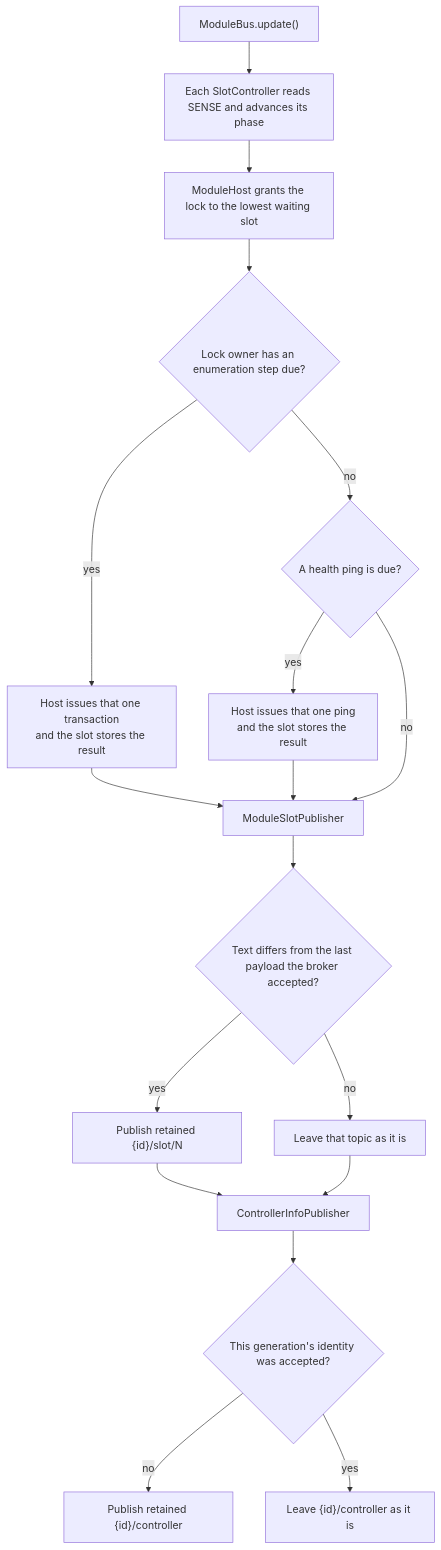
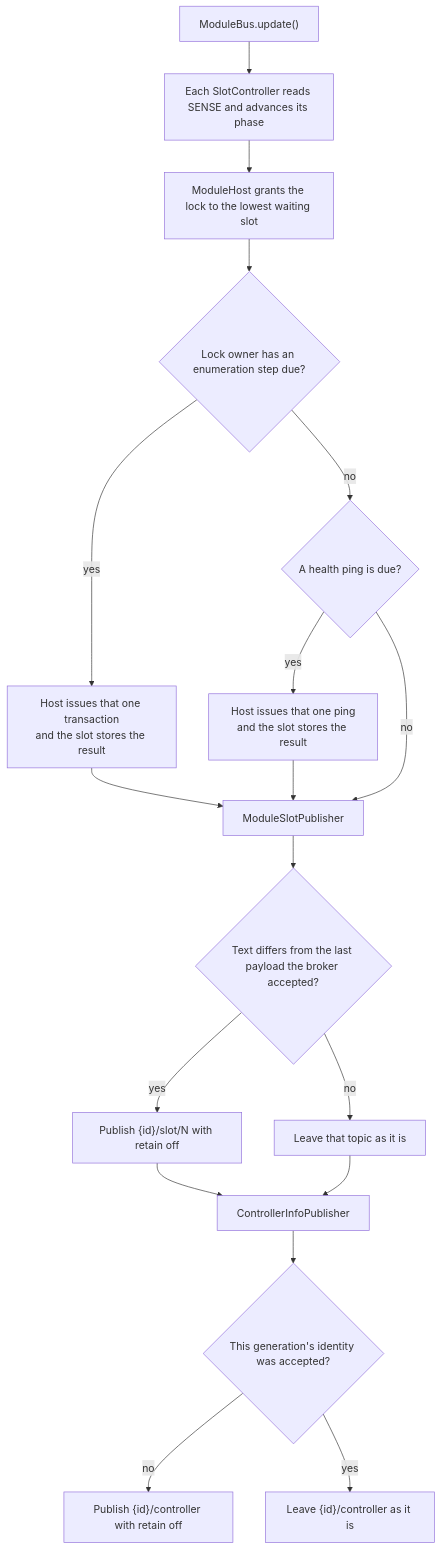
Before and after one commit to WiddleWabbit/MQTT-ModularControllerBoard: the diagram in Firmware/docs/module-bus.md, drawn with Mermaid. The commit also changed other lines of this file and 25 other files, not shown here.

Commit message:
Turned retain off all MQTT messages. Slot status's are now published on change rather than publishing unavailable.

````diff
--- a/Firmware/docs/module-bus.md
+++ b/Firmware/docs/module-bus.md
@@ -52,20 +52,20 @@
 ```mermaid
 flowchart TD
   upd["ModuleBus.update()"] --> pins["Each SlotController reads SENSE and advances its phase"]
   pins --> lock["ModuleHost grants the lock to the lowest waiting slot"]
   lock --> pick{"Lock owner has an enumeration step due?"}
   pick -->|yes| issue["Host issues that one transaction<br/>and the slot stores the result"]
   pick -->|no| health{"A health ping is due?"}
   health -->|yes| ping["Host issues that one ping<br/>and the slot stores the result"]
   health -->|no| pub["ModuleSlotPublisher"]
   issue --> pub
   ping --> pub
   pub --> changed{"Text differs from the last payload the broker accepted?"}
-  changed -->|yes| mqtt["Publish retained {id}/slot/N"]
+  changed -->|yes| mqtt["Publish {id}/slot/N with retain off"]
   changed -->|no| same["Leave that topic as it is"]
   mqtt --> info["ControllerInfoPublisher"]
   same --> info
   info --> accepted{"This generation's identity was accepted?"}
-  accepted -->|no| idline["Publish retained {id}/controller"]
+  accepted -->|no| idline["Publish {id}/controller with retain off"]
   accepted -->|yes| idle["Leave {id}/controller as it is"]
 ```
````
